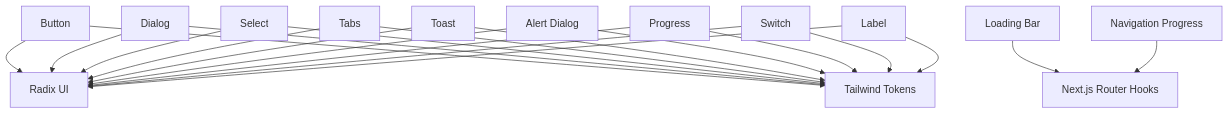
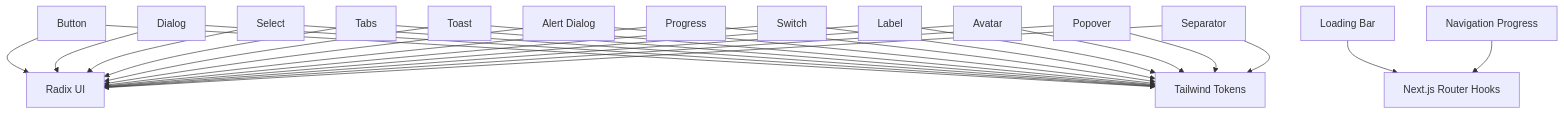
One commit to celebigilfatih/infrascope changed diagram 19 of 19 in .qoder/repowiki/en/content/Frontend Application/UI Component Library.md. Above: the diagram before and after it, drawn with Mermaid. The commit also changed other lines of this file and 6 other files, not shown here.

````diff
--- a/.qoder/repowiki/en/content/Frontend Application/UI Component Library.md
+++ b/.qoder/repowiki/en/content/Frontend Application/UI Component Library.md
@@ -626,23 +741,29 @@
 ```mermaid
 graph TB
 BTN["Button"] --> RADIX["Radix UI"]
 DLG["Dialog"] --> RADIX
 SEL["Select"] --> RADIX
 TABS["Tabs"] --> RADIX
 TS["Toast"] --> RADIX
 ADLG["Alert Dialog"] --> RADIX
 PROG["Progress"] --> RADIX
 SW["Switch"] --> RADIX
 LAB["Label"] --> RADIX
+AV["Avatar"] --> RADIX
+POV["Popover"] --> RADIX
+SEP["Separator"] --> RADIX
 BTN --> TWT["Tailwind Tokens"]
 DLG --> TWT
 SEL --> TWT
 TABS --> TWT
 TS --> TWT
 ADLG --> TWT
 PROG --> TWT
 SW --> TWT
 LAB --> TWT
+AV --> TWT
+POV --> TWT
+SEP --> TWT
 LBAR["Loading Bar"] --> NEXT["Next.js Router Hooks"]
 NP["Navigation Progress"] --> NEXT
 ```
````
